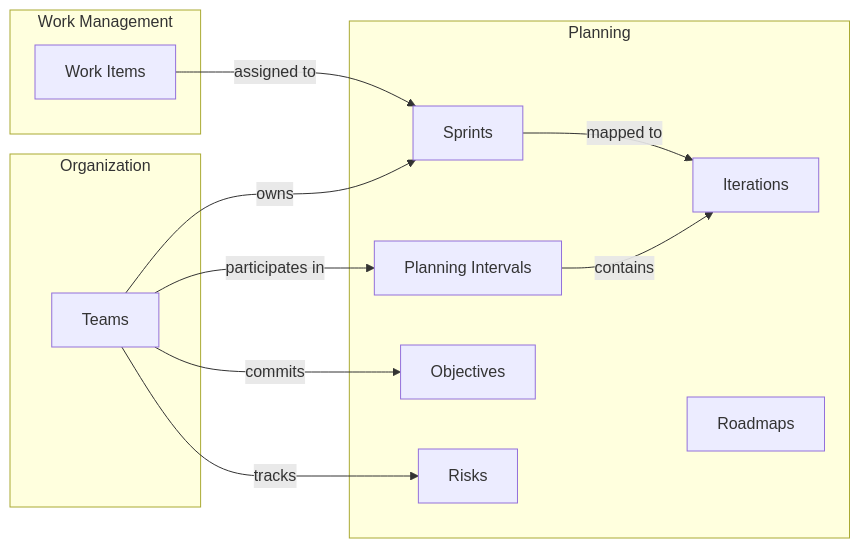
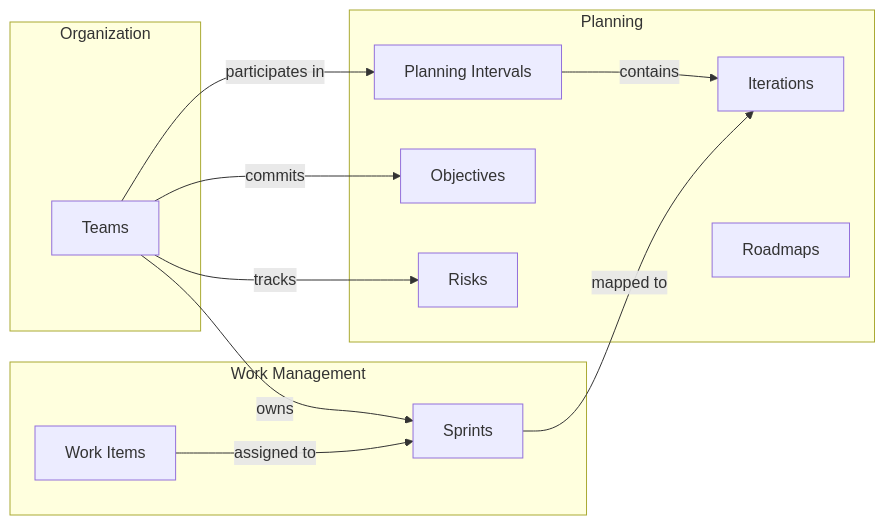
The first of 2 diagrams in docs/user-guide/planning/index.mdx (destacey/Wayd), drawn with Mermaid before and after one commit. The commit also changed other lines of this file and 30 other files, not shown here.

````diff
--- a/docs/user-guide/planning/index.mdx
+++ b/docs/user-guide/planning/index.mdx
@@ -16,25 +16,25 @@
 ```mermaid
 graph LR
     subgraph "Organization"
         Team["Teams"]
     end
     subgraph "Planning"
         PI["Planning Intervals"]
         Iter["Iterations"]
-        Sprint["Sprints"]
         Obj["Objectives"]
         Risk["Risks"]
         RM["Roadmaps"]
     end
     subgraph "Work Management"
+        Sprint["Sprints"]
         WI["Work Items"]
     end
 
     Team -->|participates in| PI
     PI -->|contains| Iter
     Team -->|owns| Sprint
     Sprint -->|mapped to| Iter
     Team -->|commits| Obj
     WI -->|assigned to| Sprint
     Team -->|tracks| Risk
 ```
````
